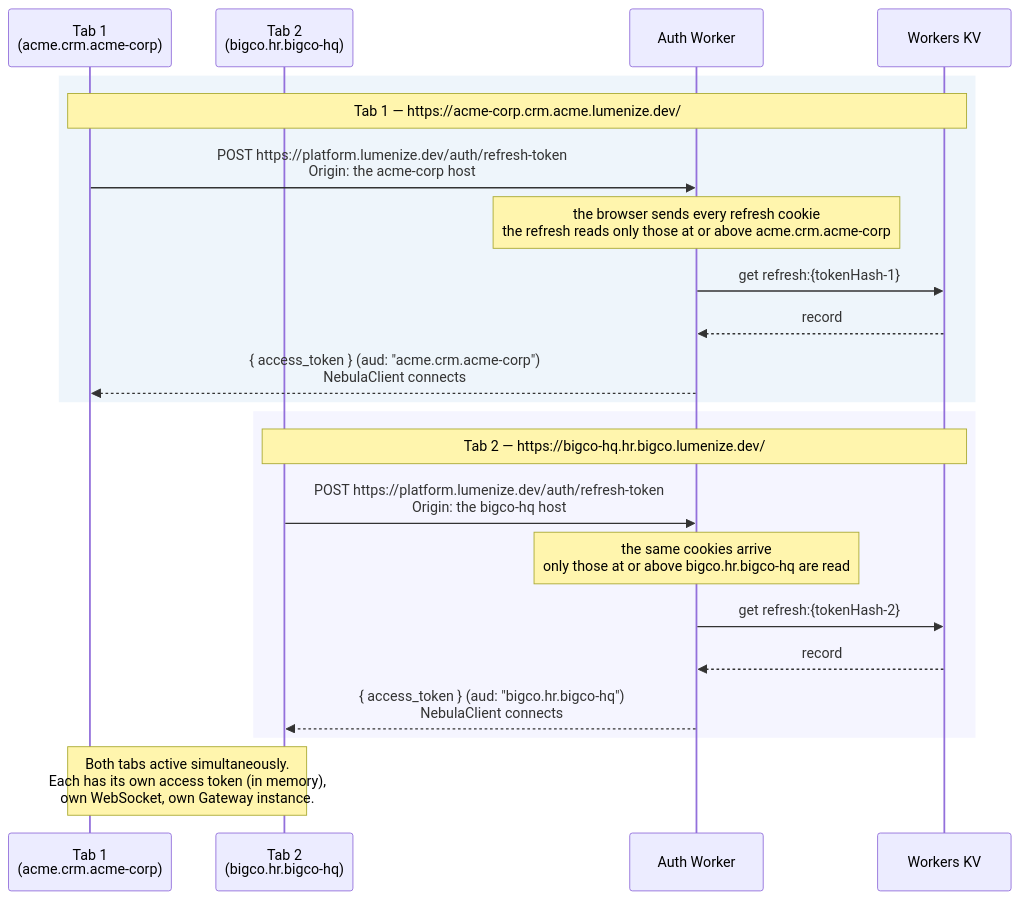
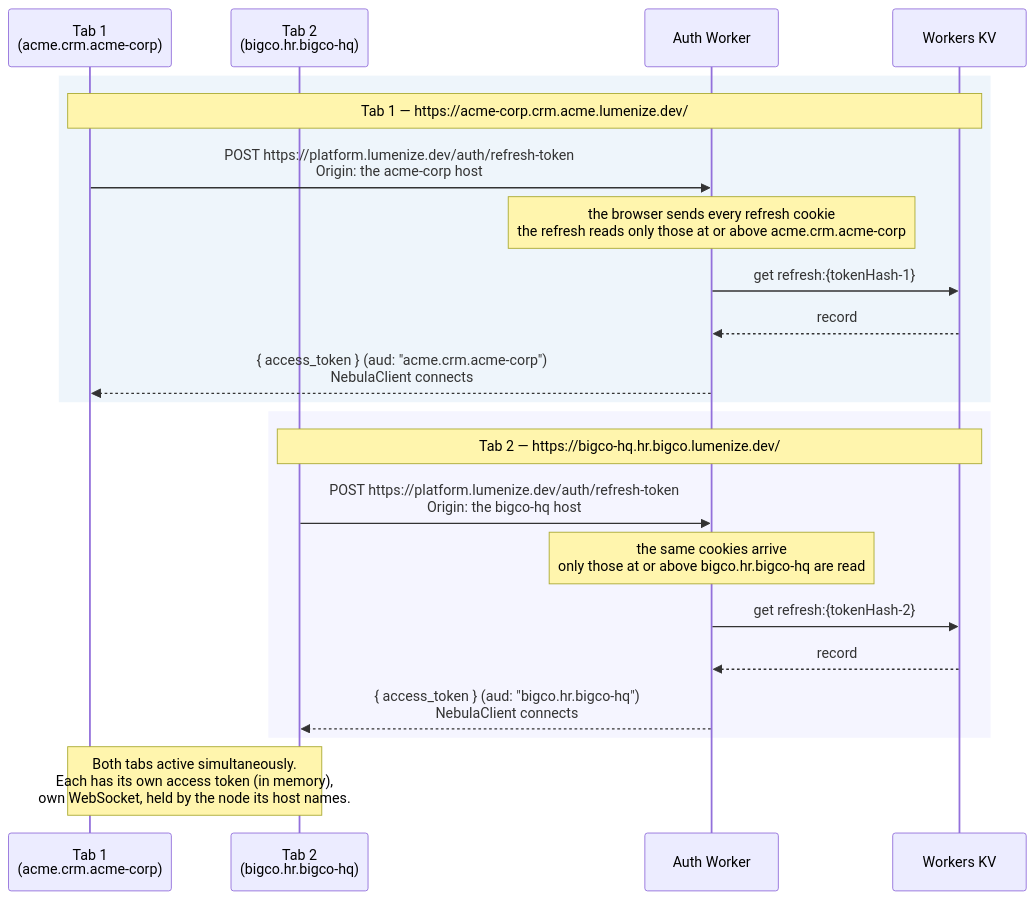
One commit to lumenize/lumenize changed the fifth of 5 diagrams in website/docs/nebula/auth-flows.md. Above: the diagram before and after it, drawn with Mermaid. The commit also changed other lines of this file and 89 other files, not shown here.

First line of the commit message:
feat(nebula): Phase 5 of a Client connects to its scope's node — every Nebula page connects to its scope's node

````diff
--- a/website/docs/nebula/auth-flows.md
+++ b/website/docs/nebula/auth-flows.md
@@ -264,27 +264,27 @@
 ```mermaid
 sequenceDiagram
     participant T1 as Tab 1<br/>(acme.crm.acme-corp)
     participant T2 as Tab 2<br/>(bigco.hr.bigco-hq)
     participant W as Auth Worker
     participant KV as Workers KV
 
     rect rgba(200, 220, 240, 0.3)
         Note over T1,KV: Tab 1 — https://acme-corp.crm.acme.lumenize.dev/
         T1->>W: POST https://platform.lumenize.dev/auth/refresh-token<br/>Origin: the acme-corp host
         Note over W: the browser sends every refresh cookie<br/>the refresh reads only those at or above acme.crm.acme-corp
         W->>KV: get refresh:{tokenHash-1}
         KV-->>W: record
         W-->>T1: { access_token } (aud: "acme.crm.acme-corp")<br/>NebulaClient connects
     end
 
     rect rgba(220, 220, 255, 0.3)
         Note over T2,KV: Tab 2 — https://bigco-hq.hr.bigco.lumenize.dev/
         T2->>W: POST https://platform.lumenize.dev/auth/refresh-token<br/>Origin: the bigco-hq host
         Note over W: the same cookies arrive<br/>only those at or above bigco.hr.bigco-hq are read
         W->>KV: get refresh:{tokenHash-2}
         KV-->>W: record
         W-->>T2: { access_token } (aud: "bigco.hr.bigco-hq")<br/>NebulaClient connects
     end
 
-    Note over T1,T2: Both tabs active simultaneously.<br/>Each has its own access token (in memory),<br/>own WebSocket, own Gateway instance.
+    Note over T1,T2: Both tabs active simultaneously.<br/>Each has its own access token (in memory),<br/>own WebSocket, held by the node its host names.
 ```
````
